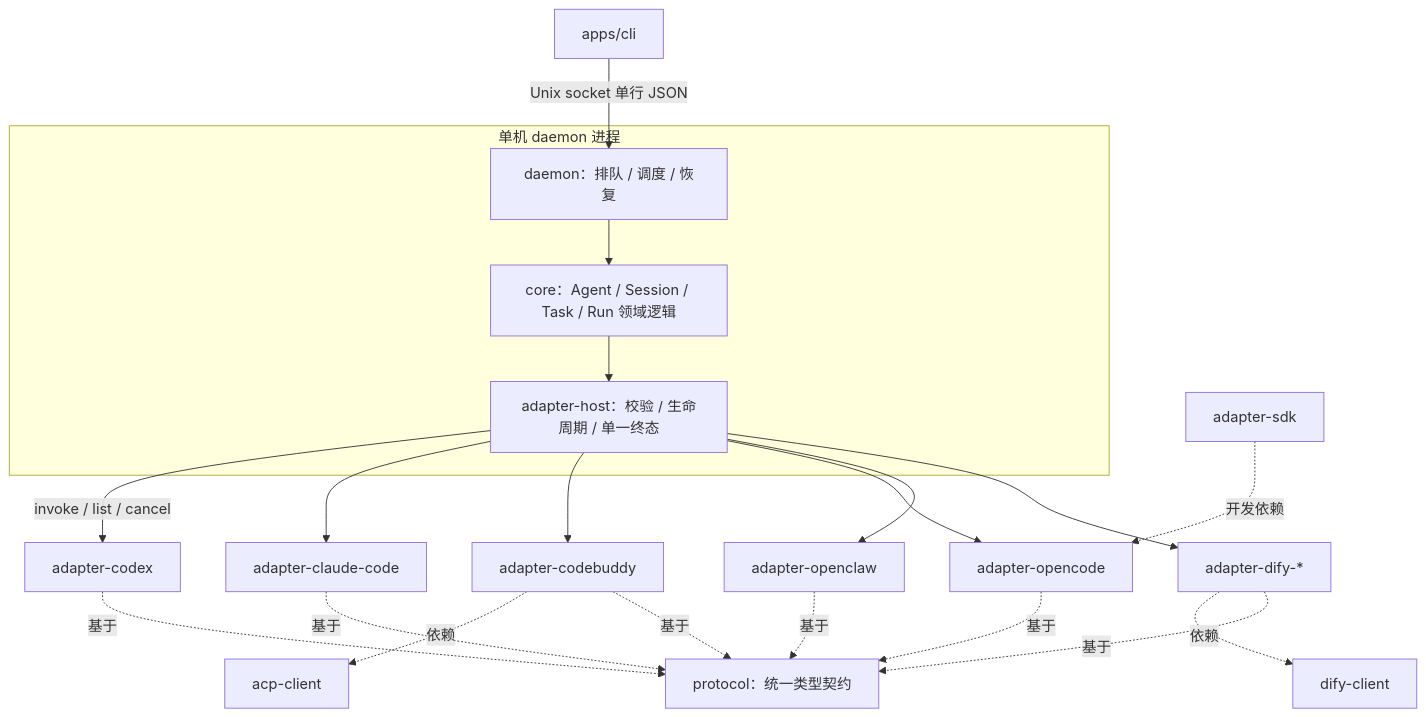
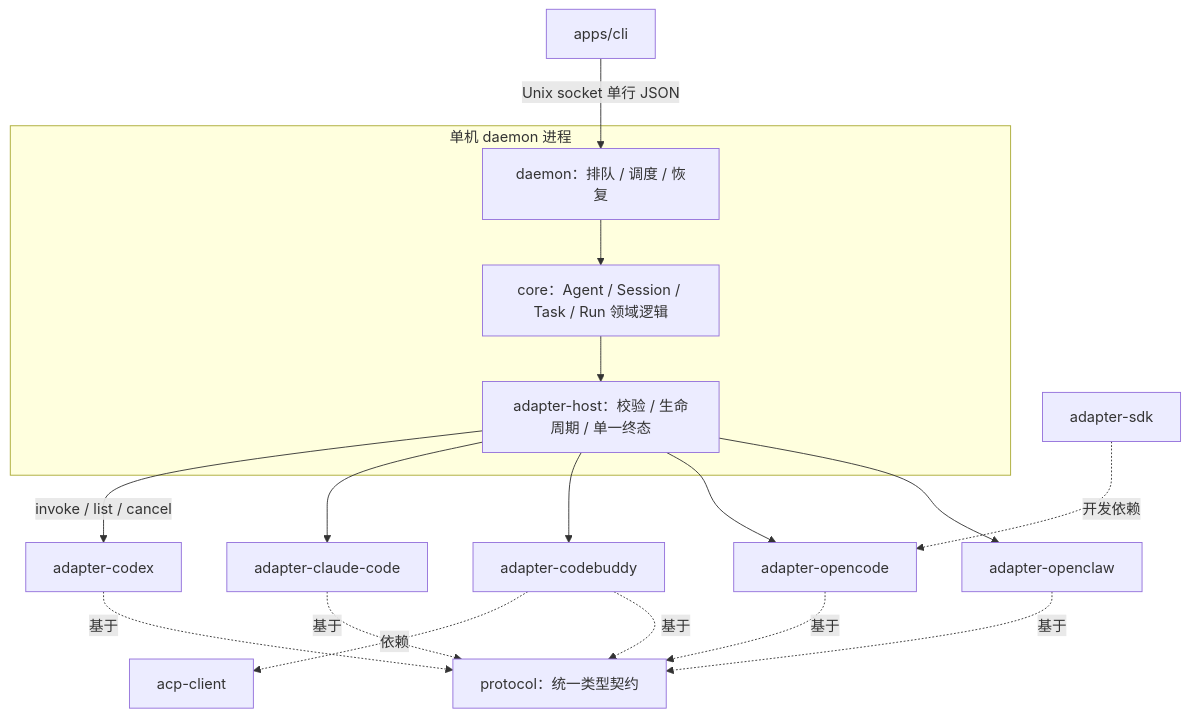
The diagram in packages/README.md (LarsonLian/octo-runtime), drawn with Mermaid before and after one commit. The commit also changed other lines of this file and 22 other files, not shown here.

First line of the commit message:
refactor: remove Dify adapters and client

````diff
--- a/packages/README.md
+++ b/packages/README.md
@@ -9,18 +9,16 @@
 ```mermaid
 flowchart TD
     CLI[apps/cli] -->|Unix socket 单行 JSON| Daemon
     subgraph 单机 daemon 进程
         Daemon[daemon：排队 / 调度 / 恢复] --> Core[core：Agent / Session / Task / Run 领域逻辑]
         Core --> Host[adapter-host：校验 / 生命周期 / 单一终态]
     end
     Host -->|invoke / list / cancel| A1[adapter-codex]
     Host --> A2[adapter-claude-code]
     Host --> A3[adapter-codebuddy]
     Host --> A4[adapter-opencode]
     Host --> A5[adapter-openclaw]
-    Host --> A6[adapter-dify-*]
     A3 -.依赖.-> ACP[acp-client]
-    A6 -.依赖.-> DifyC[dify-client]
-    A1 & A2 & A3 & A4 & A5 & A6 -.基于.-> Proto[protocol：统一类型契约]
+    A1 & A2 & A3 & A4 & A5 -.基于.-> Proto[protocol：统一类型契约]
     SDK[adapter-sdk] -.开发依赖.-> A4
 ```
````
